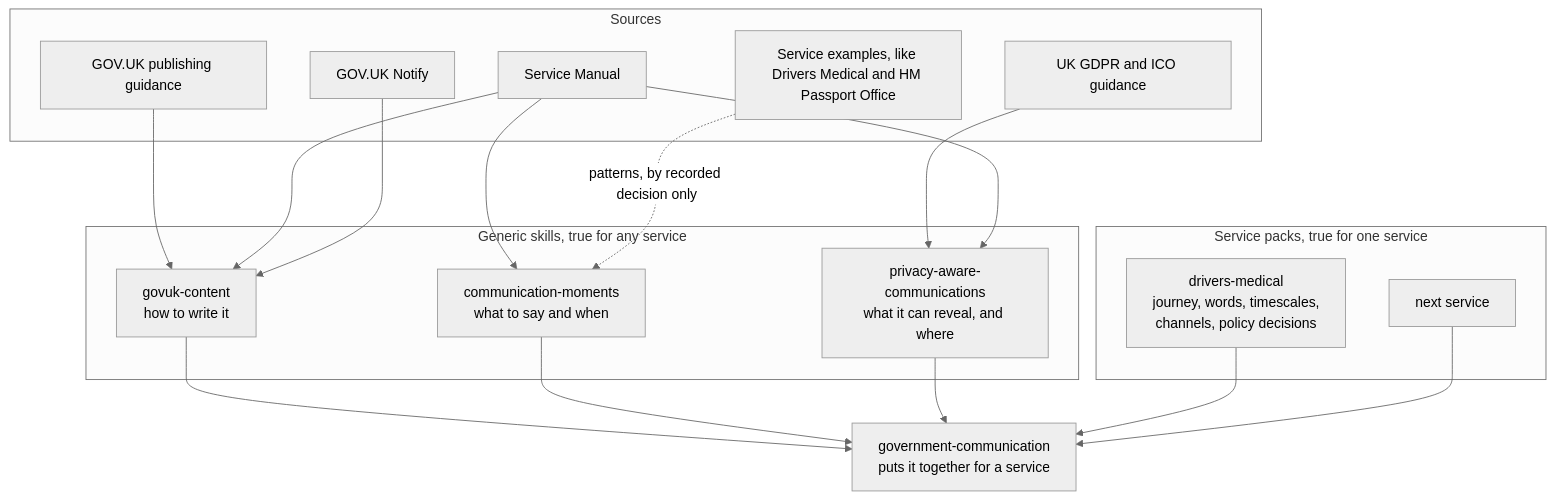
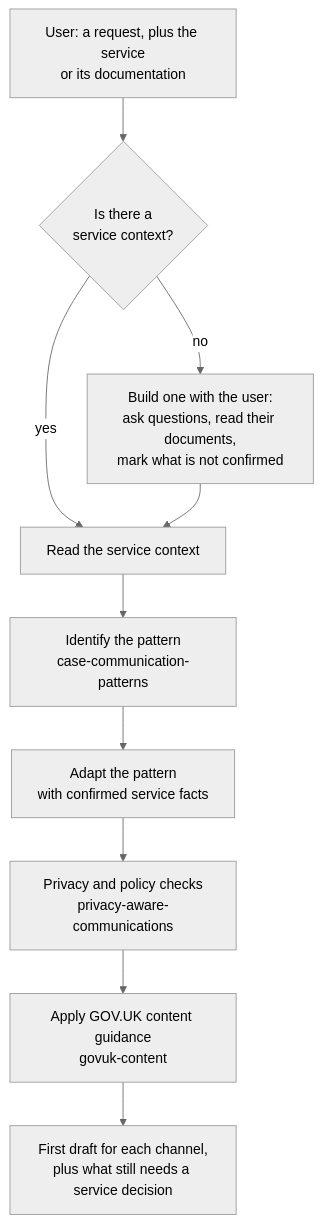
Before and after one commit to strachcity/gov-communication-skills: the first of 4 diagrams in ARCHITECTURE.md, drawn with Mermaid (neutral theme). The commit also changed other lines of this file and 17 other files, not shown here.

````diff
--- a/ARCHITECTURE.md
+++ b/ARCHITECTURE.md
@@ -116,36 +44,12 @@
 ```mermaid
 flowchart TB
-    subgraph sources["Sources"]
-        S1["GOV.UK publishing guidance"]
-        S2["Service Manual"]
-        S3["GOV.UK Notify"]
-        S4["UK GDPR and ICO guidance"]
-        S5["Service examples, like Drivers Medical and HM Passport Office"]
-    end
-
-    subgraph generic["Generic skills, true for any service"]
-        G1["govuk-content<br/>how to write it"]
-        G2["communication-moments<br/>what to say and when"]
-        G3["privacy-aware-communications<br/>what it can reveal, and where"]
-    end
-
-    subgraph service["Service packs, true for one service"]
-        P1["drivers-medical<br/>journey, words, timescales,<br/>channels, policy decisions"]
-        P2["next service"]
-    end
-
-    O["government-communication<br/>puts it together for a service"]
-
-    S1 --> G1
-    S2 --> G1
-    S3 --> G1
-    S2 --> G2
-    S5 -.->|"patterns, by recorded decision only"| G2
-    S4 --> G3
-    S2 --> G3
-    G1 --> O
-    G2 --> O
-    G3 --> O
-    P1 --> O
-    P2 --> O
+    U["User: a request, plus the service<br/>or its documentation"] --> C{"Is there a<br/>service context?"}
+    C -- "no" --> B["Build one with the user:<br/>ask questions, read their documents,<br/>mark what is not confirmed"]
+    C -- "yes" --> R["Read the service context"]
+    B --> R
+    R --> P["Identify the pattern<br/>case-communication-patterns"]
+    P --> A["Adapt the pattern<br/>with confirmed service facts"]
+    A --> V["Privacy and policy checks<br/>privacy-aware-communications"]
+    V --> W["Apply GOV.UK content guidance<br/>govuk-content"]
+    W --> O["First draft for each channel,<br/>plus what still needs a service decision"]
 ```
````
